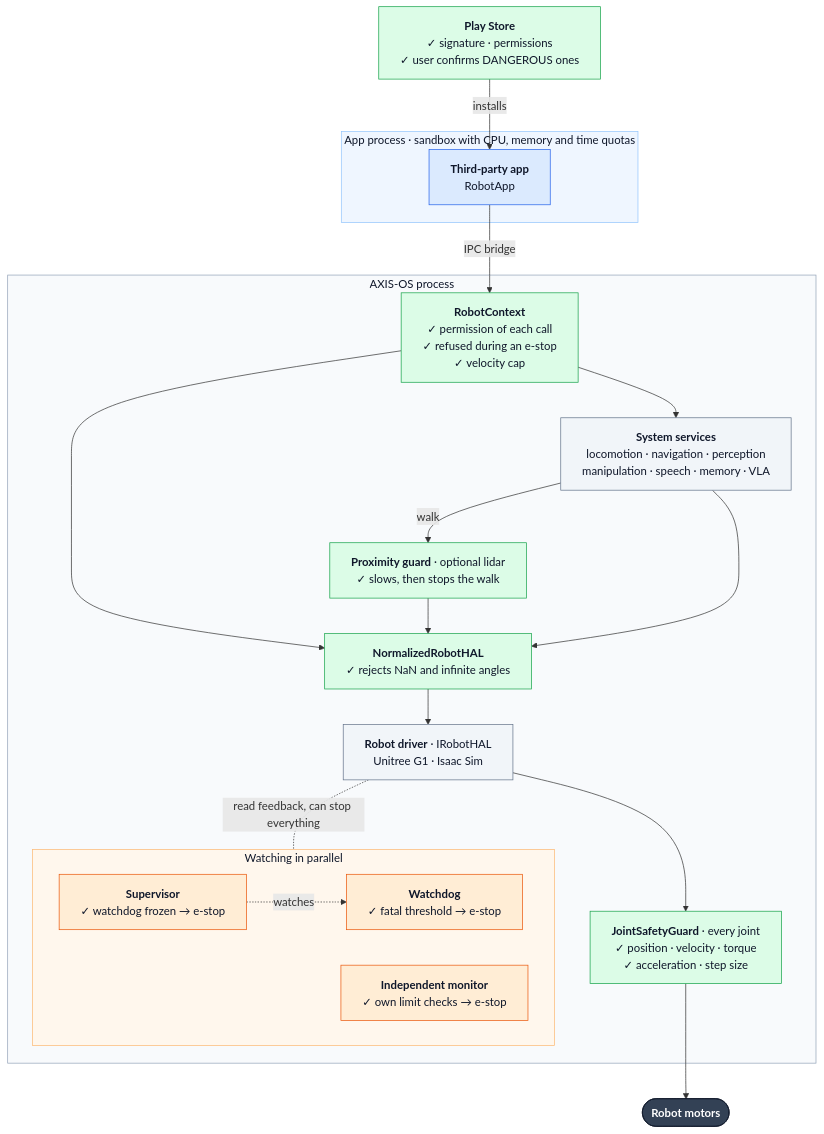
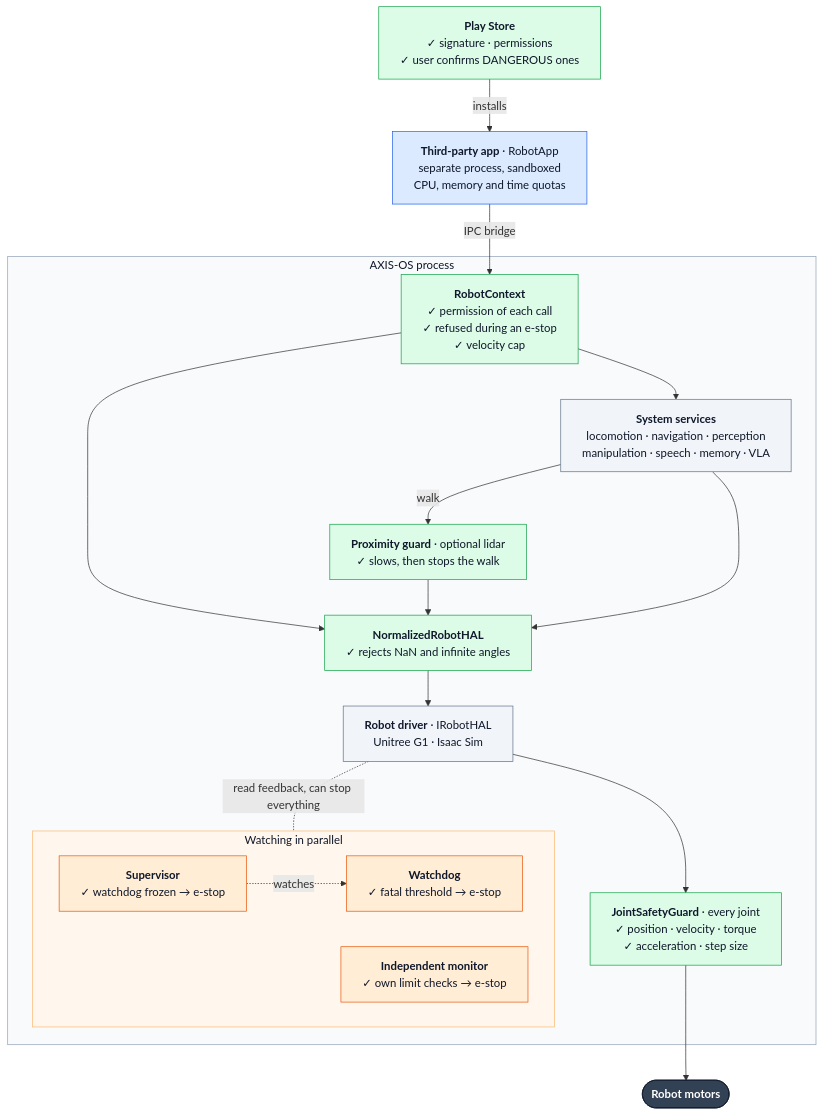
The diagram in README.md (OS-AXIS/AXIS-OS), drawn with Mermaid before and after one commit. The commit also changed 1 other file, not shown here.

Commit message:
Supprime le grand vide du schéma des couches sur GitHub
GitHub met les schémas Mermaid en page avec ELK par défaut. Avec le
cadre de l'app, ELK laissait un grand vide avant le processus
d'AXIS-OS. Le schéma demande maintenant la mise en page dagre, et le
cadre de l'app devient une seule boîte qui garde le même texte
(processus à part, sandbox, quotas).

Claude-Session: https://claude.ai/code/session_01Kd65oQX59GQ8FeKBTHrWbn

````diff
--- a/README.md
+++ b/README.md
@@ -50,52 +50,54 @@
 ```mermaid
-%%{init: {"flowchart": {"wrappingWidth": 320}}}%%
+---
+config:
+  layout: dagre
+  flowchart:
+    wrappingWidth: 320
+---
 flowchart TB
     PS["<b>Play Store</b><br/>✓ signature · permissions<br/>✓ user confirms DANGEROUS ones"]
 
-    subgraph APP["App process · sandbox with CPU, memory and time quotas"]
-        A["<b>Third-party app</b><br/>RobotApp"]
-    end
+    A["<b>Third-party app</b> · RobotApp<br/>separate process, sandboxed<br/>CPU, memory and time quotas"]
 
     subgraph OS["AXIS-OS process"]
         CTX["<b>RobotContext</b><br/>✓ permission of each call<br/>✓ refused during an e-stop<br/>✓ velocity cap"]
         SV["<b>System services</b><br/>locomotion · navigation · perception<br/>manipulation · speech · memory · VLA"]
         G["<b>Proximity guard</b> · optional lidar<br/>✓ slows, then stops the walk"]
         N["<b>NormalizedRobotHAL</b><br/>✓ rejects NaN and infinite angles"]
         D["<b>Robot driver</b> · IRobotHAL<br/>Unitree G1 · Isaac Sim"]
         J["<b>JointSafetyGuard</b> · every joint<br/>✓ position · velocity · torque<br/>✓ acceleration · step size"]
         subgraph MON["Watching in parallel"]
             W["<b>Watchdog</b><br/>✓ fatal threshold → e-stop"]
             SU["<b>Supervisor</b><br/>✓ watchdog frozen → e-stop"]
             IM["<b>Independent monitor</b><br/>✓ own limit checks → e-stop"]
         end
     end
 
     R(["<b>Robot motors</b>"])
 
     PS -->|installs| A
     A -->|"IPC bridge"| CTX
     CTX --> SV
     CTX --> N
     SV -->|walk| G
     G --> N
     SV --> N
     N --> D
     D --> J
     J --> R
     SU -.->|watches| W
     D -.-|"read feedback, can stop everything"| MON
 
     classDef app fill:#dbeafe,stroke:#2563eb,color:#0f172a
     classDef check fill:#dcfce7,stroke:#16a34a,color:#0f172a
     classDef watch fill:#ffedd5,stroke:#ea580c,color:#0f172a
     classDef plain fill:#f1f5f9,stroke:#64748b,color:#0f172a
     classDef motor fill:#334155,stroke:#0f172a,color:#ffffff
     class A app
     class PS,CTX,G,N,J check
     class W,SU,IM watch
     class SV,D plain
     class R motor
-    style APP fill:#eff6ff,stroke:#93c5fd,color:#0f172a
     style OS fill:#f8fafc,stroke:#94a3b8,color:#0f172a
     style MON fill:#fff7ed,stroke:#fdba74,color:#0f172a
 ```
````
